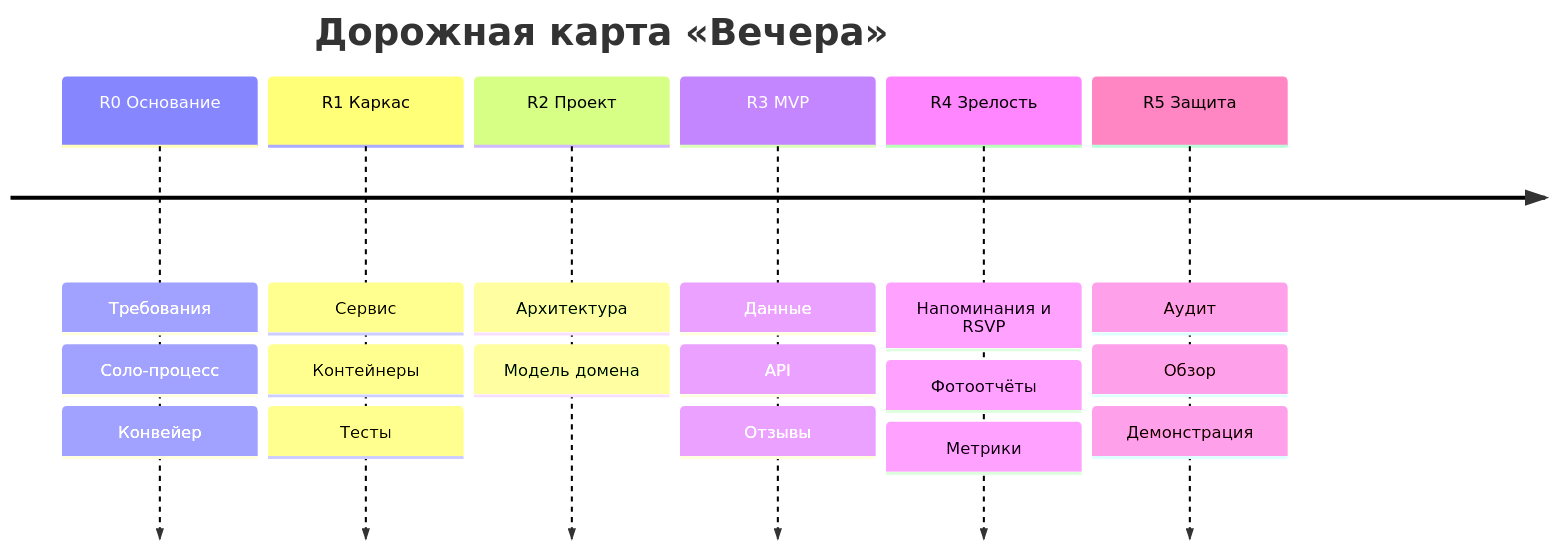
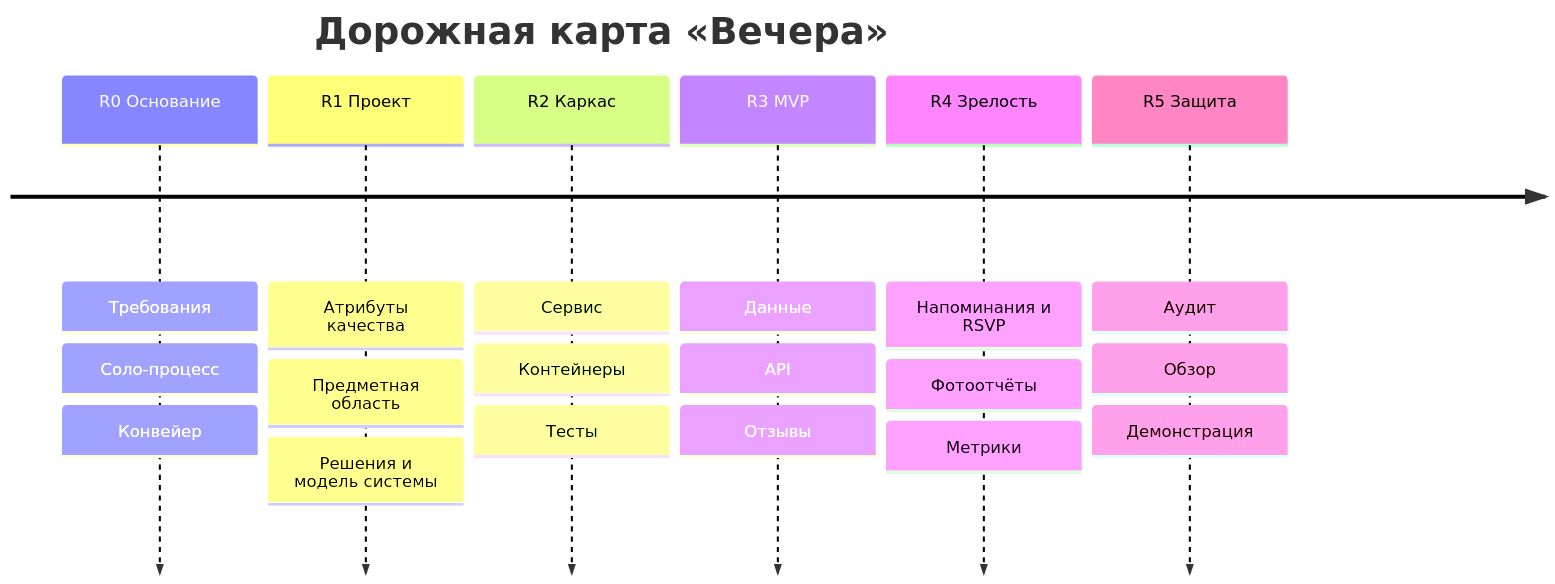
Before and after one commit to Respawn2/dance-evening: the diagram in docs/roadmap.md, drawn with Mermaid. The commit also changed other lines of this file and 77 other files, not shown here.

````diff
--- a/docs/roadmap.md
+++ b/docs/roadmap.md
@@ -18,10 +23,10 @@
 ```mermaid
 timeline
     title Дорожная карта «Вечера»
     R0 Основание : Требования : Соло-процесс : Конвейер
-    R1 Каркас : Сервис : Контейнеры : Тесты
-    R2 Проект : Архитектура : Модель домена
+    R1 Проект : Атрибуты качества : Предметная область : Решения и модель системы
+    R2 Каркас : Сервис : Контейнеры : Тесты
     R3 MVP : Данные : API : Отзывы
     R4 Зрелость : Напоминания и RSVP : Фотоотчёты : Метрики
     R5 Защита : Аудит : Обзор : Демонстрация
 ```
````
